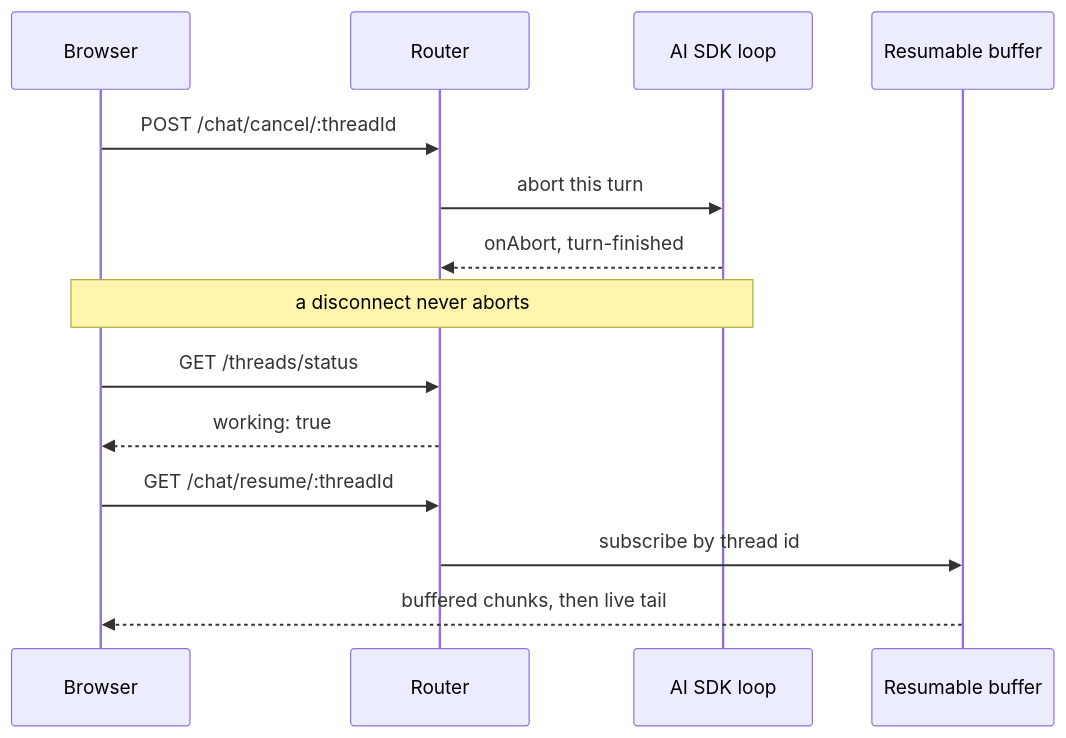
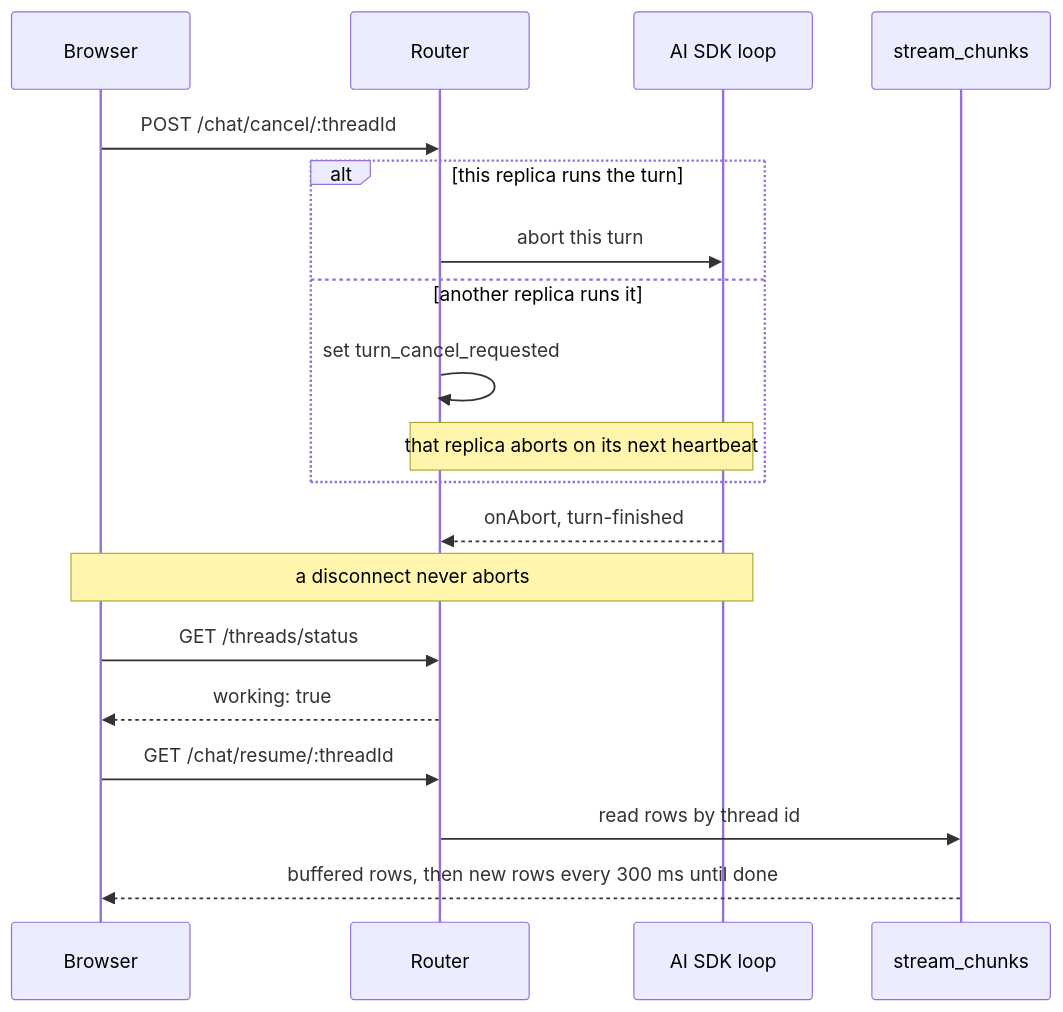
Before and after one commit to drewswiredin/backstage-assistants: the third of 6 diagrams in docs/architecture.md, drawn with Mermaid. The commit also changed other lines of this file and 13 other files, not shown here.

````diff
--- a/docs/architecture.md
+++ b/docs/architecture.md
@@ -133,16 +133,21 @@
 ```mermaid
 sequenceDiagram
   participant B as Browser
   participant R as Router
   participant L as AI SDK loop
-  participant F as Resumable buffer
+  participant F as stream_chunks
   B->>R: POST /chat/cancel/:threadId
-  R->>L: abort this turn
+  alt this replica runs the turn
+    R->>L: abort this turn
+  else another replica runs it
+    R->>R: set turn_cancel_requested
+    Note over R,L: that replica aborts on its next heartbeat
+  end
   L-->>R: onAbort, turn-finished
   Note over B,L: a disconnect never aborts
   B->>R: GET /threads/status
   R-->>B: working: true
   B->>R: GET /chat/resume/:threadId
-  R->>F: subscribe by thread id
-  F-->>B: buffered chunks, then live tail
+  R->>F: read rows by thread id
+  F-->>B: buffered rows, then new rows every 300 ms until done
 ```
````
